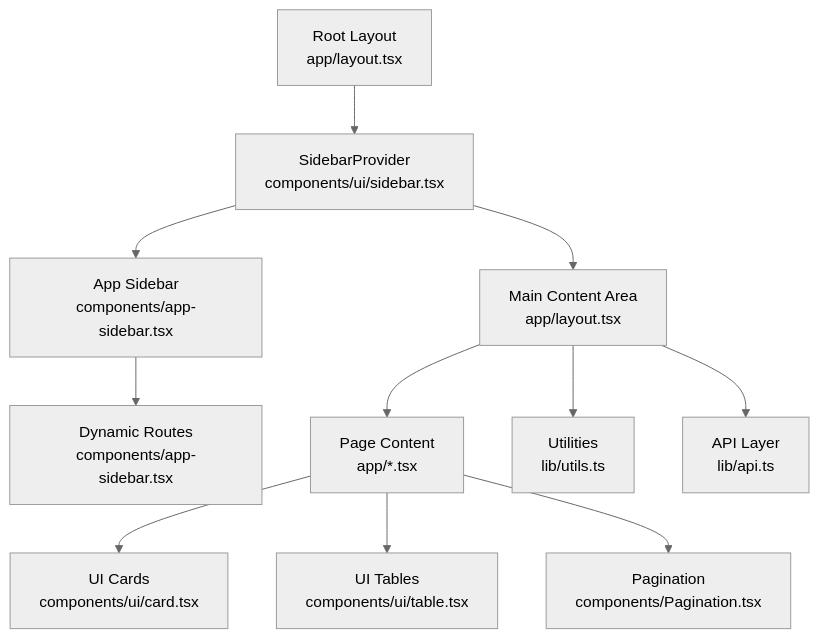
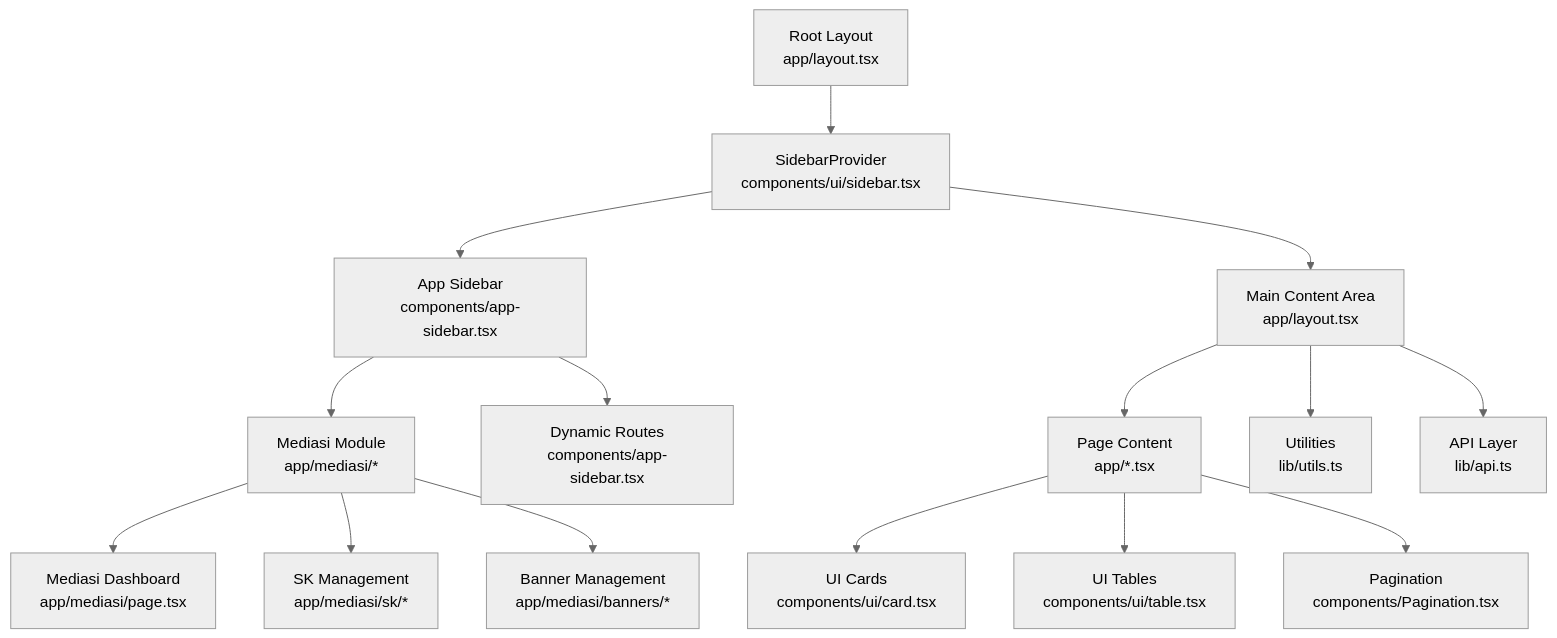
The first of 11 diagrams in .qoder/repowiki/en/content/Core Components/Layout and Navigation.md (backuppapnj/admin-panel), drawn with Mermaid (neutral theme) before and after one commit. The commit also changed other lines of this file and 10 other files, not shown here.

Commit message:
Add inovasi module and mediasi documentation, update sidebar and API

````diff
--- a/.qoder/repowiki/en/content/Core Components/Layout and Navigation.md
+++ b/.qoder/repowiki/en/content/Core Components/Layout and Navigation.md
@@ -39,13 +51,17 @@
 ```mermaid
 graph TB
 Root["Root Layout<br/>app/layout.tsx"] --> Provider["SidebarProvider<br/>components/ui/sidebar.tsx"]
 Provider --> Sidebar["App Sidebar<br/>components/app-sidebar.tsx"]
 Provider --> Main["Main Content Area<br/>app/layout.tsx"]
 Main --> Page["Page Content<br/>app/*.tsx"]
 Page --> Cards["UI Cards<br/>components/ui/card.tsx"]
 Page --> Tables["UI Tables<br/>components/ui/table.tsx"]
 Page --> Pagination["Pagination<br/>components/Pagination.tsx"]
 Sidebar --> Routes["Dynamic Routes<br/>components/app-sidebar.tsx"]
+Sidebar --> Mediasi["Mediasi Module<br/>app/mediasi/*"]
+Mediasi --> MediasiPage["Mediasi Dashboard<br/>app/mediasi/page.tsx"]
+Mediasi --> SKManagement["SK Management<br/>app/mediasi/sk/*"]
+Mediasi --> BannerManagement["Banner Management<br/>app/mediasi/banners/*"]
 Main --> Utils["Utilities<br/>lib/utils.ts"]
 Main --> API["API Layer<br/>lib/api.ts"]
 ```
````
